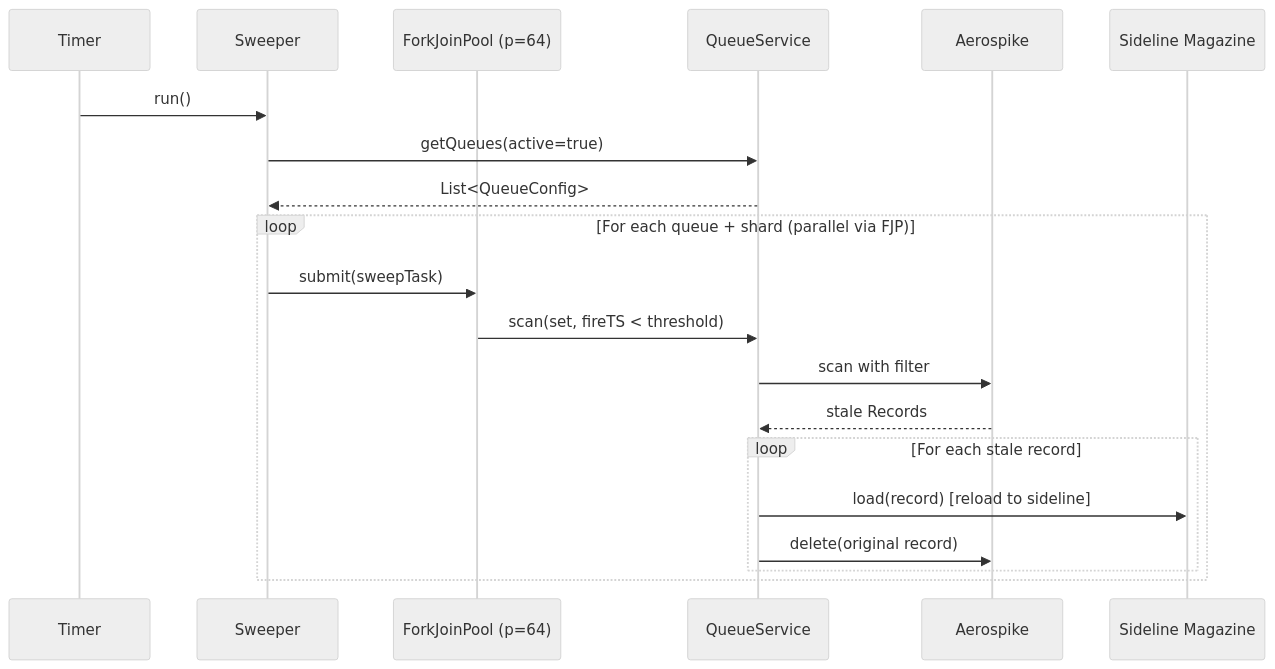
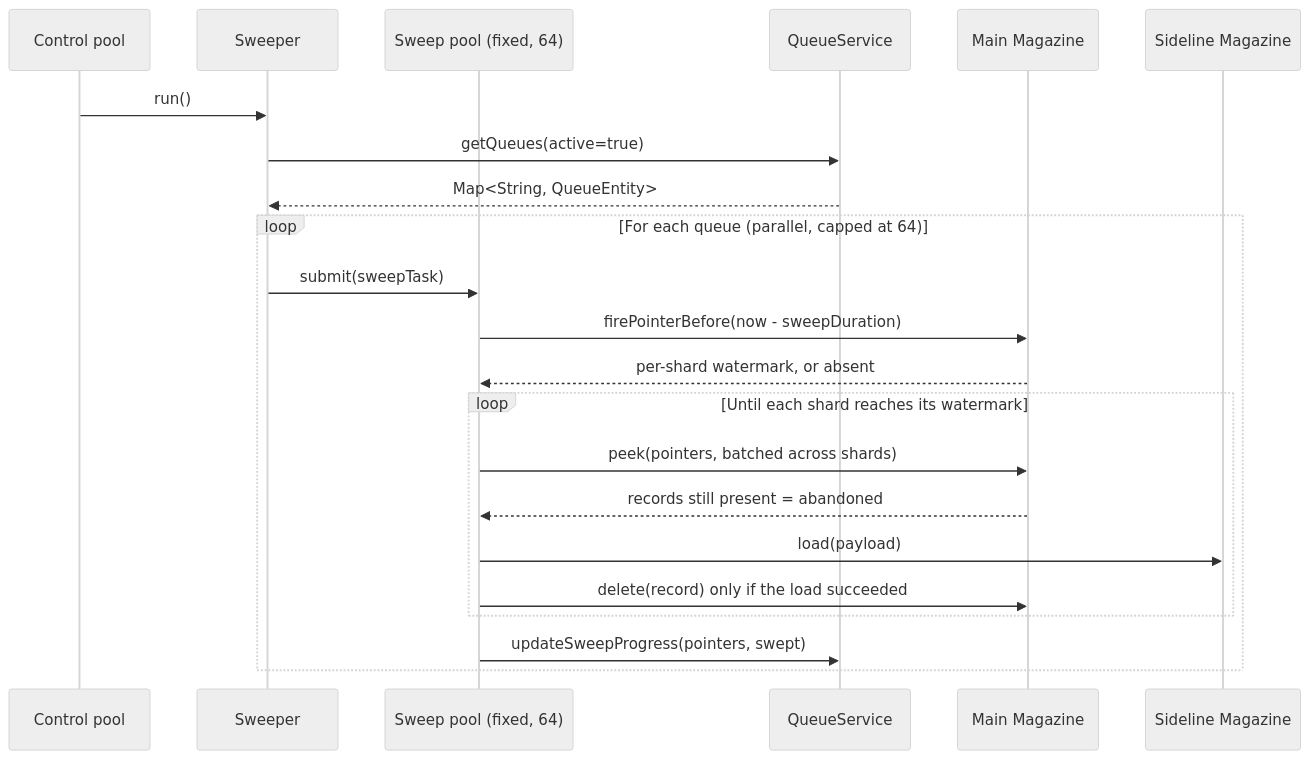
One commit to PhonePe/IgnisMQ changed the sixth of 10 diagrams in docs/docs/architecture.md. Above: the diagram before and after it, drawn with Mermaid (neutral theme). The commit also changed other lines of this file and 39 other files, not shown here.

````diff
--- a/docs/docs/architecture.md
+++ b/docs/docs/architecture.md
@@ -317,24 +341,26 @@
 ```mermaid
 sequenceDiagram
-    participant Timer
+    participant Sched as Control pool
     participant SW as Sweeper
-    participant FJP as ForkJoinPool (p=64)
+    participant FJP as Sweep pool (fixed, 64)
     participant QS as QueueService
-    participant AS as Aerospike
+    participant M as Main Magazine
     participant SL as Sideline Magazine
 
-    Timer->>SW: run()
+    Sched->>SW: run()
     SW->>QS: getQueues(active=true)
-    QS-->>SW: List<QueueConfig>
+    QS-->>SW: Map<String, QueueEntity>
 
-    loop For each queue + shard (parallel via FJP)
+    loop For each queue (parallel, capped at 64)
         SW->>FJP: submit(sweepTask)
-        FJP->>QS: scan(set, fireTS < threshold)
-        QS->>AS: scan with filter
-        AS-->>QS: stale Records
-        loop For each stale record
-            QS->>SL: load(record) [reload to sideline]
-            QS->>AS: delete(original record)
+        FJP->>M: firePointerBefore(now - sweepDuration)
+        M-->>FJP: per-shard watermark, or absent
+        loop Until each shard reaches its watermark
+            FJP->>M: peek(pointers, batched across shards)
+            M-->>FJP: records still present = abandoned
+            FJP->>SL: load(payload)
+            FJP->>M: delete(record) only if the load succeeded
         end
+        FJP->>QS: updateSweepProgress(pointers, swept)
     end
 ```
````
